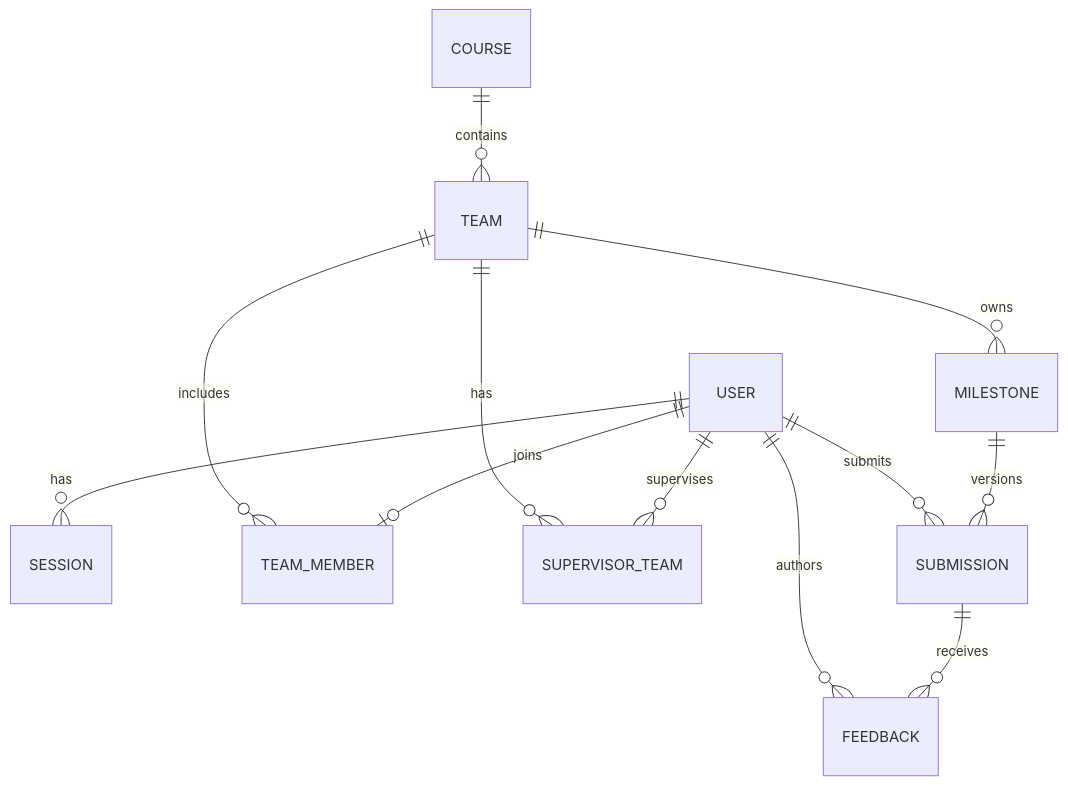
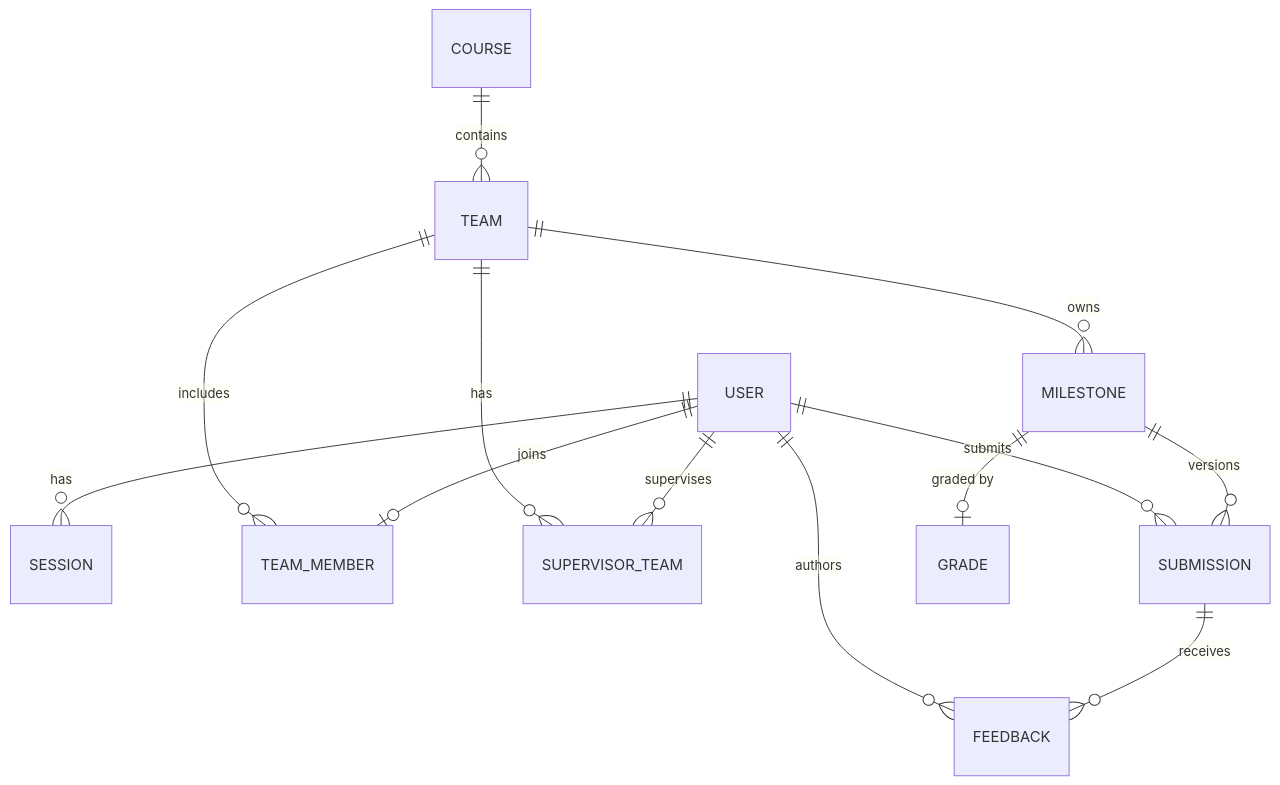
The second of 2 diagrams in docs/system-sds.md (Nuggetkub/cpe334-course-project-management-system), drawn with Mermaid before and after one commit. The commit also changed other lines of this file and 6 other files, not shown here.

````diff
--- a/docs/system-sds.md
+++ b/docs/system-sds.md
@@ -57,14 +64,15 @@
 ```mermaid
 erDiagram
   USER ||--o{ SESSION : has
   COURSE ||--o{ TEAM : contains
   USER ||--o| TEAM_MEMBER : joins
   TEAM ||--o{ TEAM_MEMBER : includes
   USER ||--o{ SUPERVISOR_TEAM : supervises
   TEAM ||--o{ SUPERVISOR_TEAM : has
   TEAM ||--o{ MILESTONE : owns
   MILESTONE ||--o{ SUBMISSION : versions
+  MILESTONE ||--o| GRADE : "graded by"
   USER ||--o{ SUBMISSION : submits
   SUBMISSION ||--o{ FEEDBACK : receives
   USER ||--o{ FEEDBACK : authors
 ```
````
